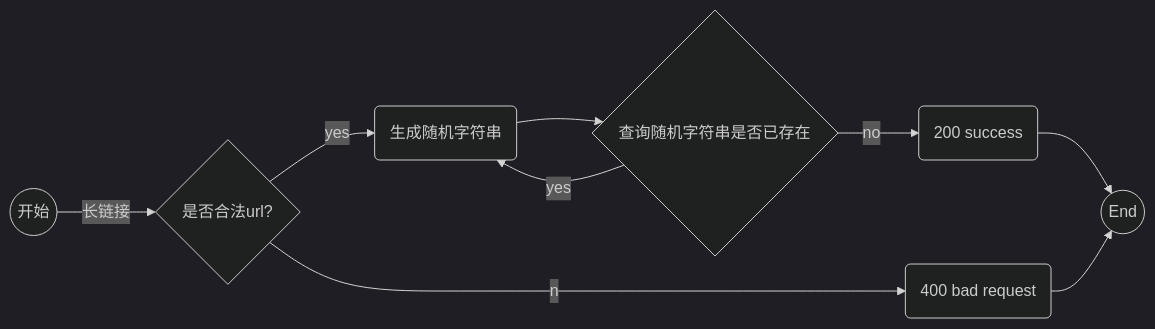
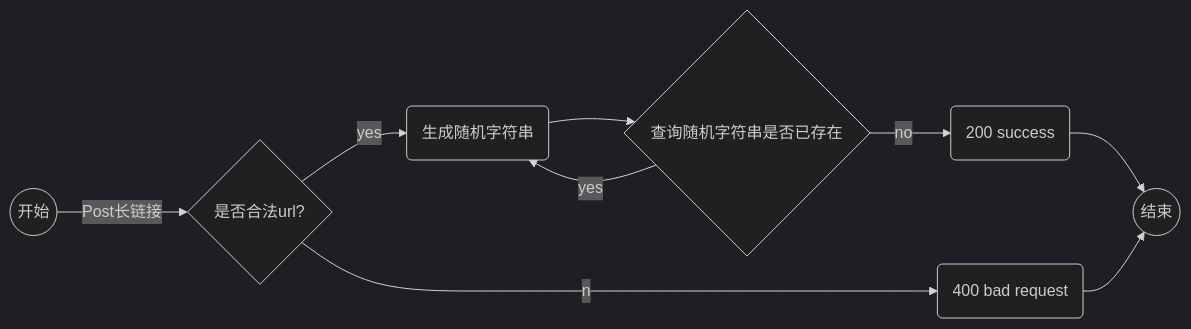
One commit to hongshancapital/interview-assignments changed the first of 2 diagrams in fullstack/README.md. Above: the diagram before and after it, drawn with Mermaid (dark theme). The commit also changed other lines of this file, not shown here.

````diff
--- a/fullstack/README.md
+++ b/fullstack/README.md
@@ -171,23 +171,23 @@
 ```mermaid
 
 graph LR
 
-Start((开始))-- 长链接--> ValidUrl{是否合法url?}
+Start((开始))-- Post长链接--> ValidUrl{是否合法url?}
 
 ValidUrl--no--> BadRequest(400 bad request )
 
 ValidUrl --yes--> RandomKey(生成随机字符串 )
 
 RandomKey-->CheckExist{查询随机字符串是否已存在}
 
 CheckExist-- yes --> RandomKey
 
 CheckExist-- no --> Success(200 success )
 
-Success --> End((End))
+Success --> End((结束))
 
 BadRequest --> End
 
   
 
 ```
````
